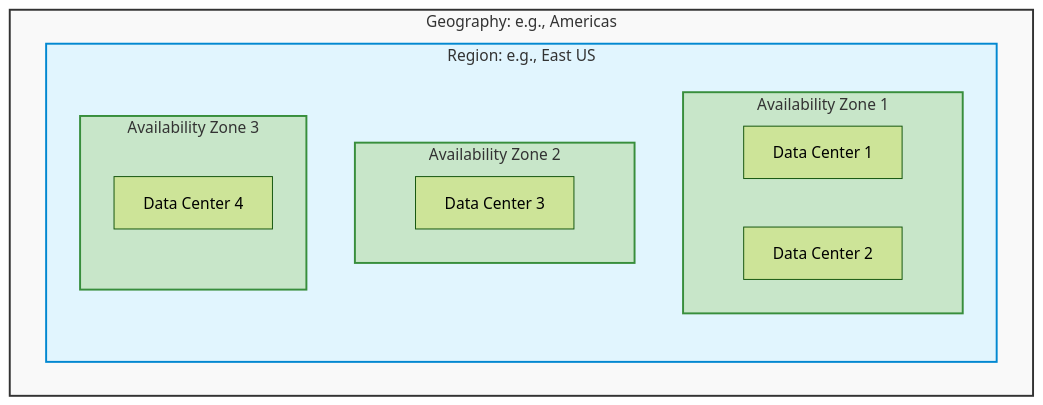
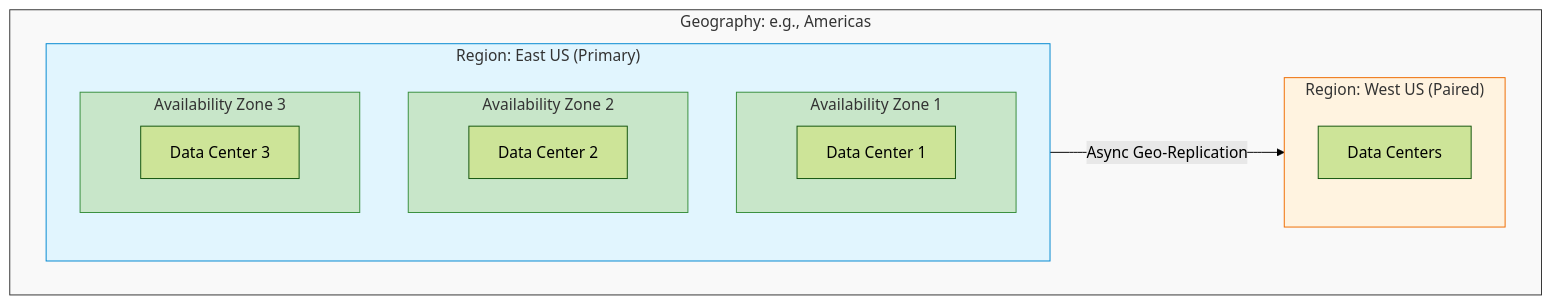
The first of 2 diagrams in 01-prerequisites.md (parthnaik7/AZ-104-Study-Guide), drawn with Mermaid (forest theme) before and after one commit. The commit also changed other lines of this file and 4 other files, not shown here.

Commit message:
Enhance all modules with tables, diagrams, best practices, and exam gotchas

````diff
--- a/01-prerequisites.md
+++ b/01-prerequisites.md
@@ -38,23 +42,28 @@
 ```mermaid
 graph TD
-    subgraph Geography ["Geography: e.g., Americas"]
-        subgraph Region ["Region: e.g., East US"]
+    subgraph Geo ["Geography: e.g., Americas"]
+        subgraph RegA ["Region: East US (Primary)"]
             subgraph AZ1 ["Availability Zone 1"]
                 DC1[Data Center 1]
+            end
+            subgraph AZ2 ["Availability Zone 2"]
                 DC2[Data Center 2]
             end
-            subgraph AZ2 ["Availability Zone 2"]
+            subgraph AZ3 ["Availability Zone 3"]
                 DC3[Data Center 3]
             end
-            subgraph AZ3 ["Availability Zone 3"]
-                DC4[Data Center 4]
-            end
+        end
+        subgraph RegB ["Region: West US (Paired)"]
+            DC4[Data Centers]
         end
     end
-    
-    style Geography fill:#f9f9f9,stroke:#333,stroke-width:2px
-    style Region fill:#e1f5fe,stroke:#0288d1,stroke-width:2px
-    style AZ1 fill:#c8e6c9,stroke:#388e3c,stroke-width:2px
-    style AZ2 fill:#c8e6c9,stroke:#388e3c,stroke-width:2px
-    style AZ3 fill:#c8e6c9,stroke:#388e3c,stroke-width:2px
+
+    RegA -- "Async Geo-Replication" --> RegB
+
+    style Geo fill:#f9f9f9,stroke:#333
+    style RegA fill:#e1f5fe,stroke:#0288d1
+    style RegB fill:#fff3e0,stroke:#ef6c00
+    style AZ1 fill:#c8e6c9,stroke:#388e3c
+    style AZ2 fill:#c8e6c9,stroke:#388e3c
+    style AZ3 fill:#c8e6c9,stroke:#388e3c
 ```
````
